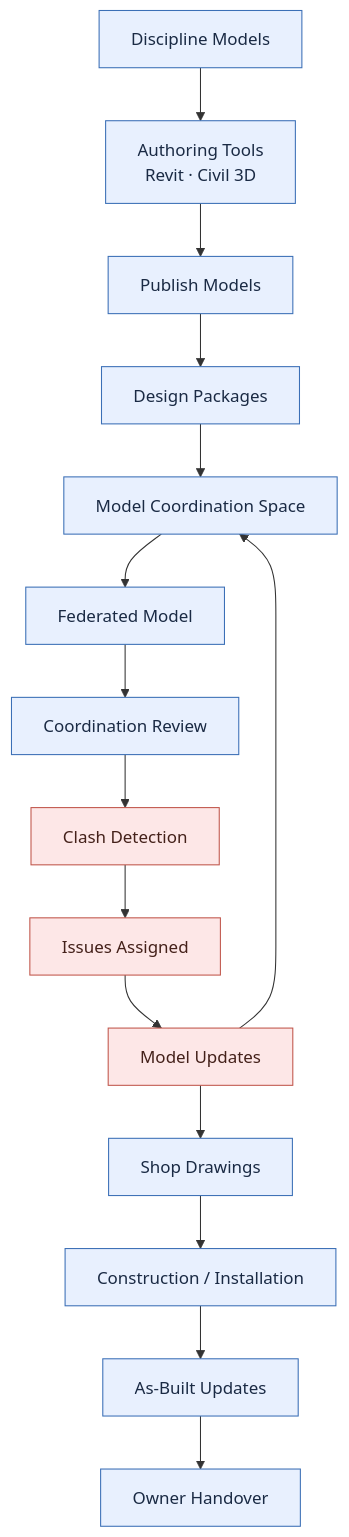
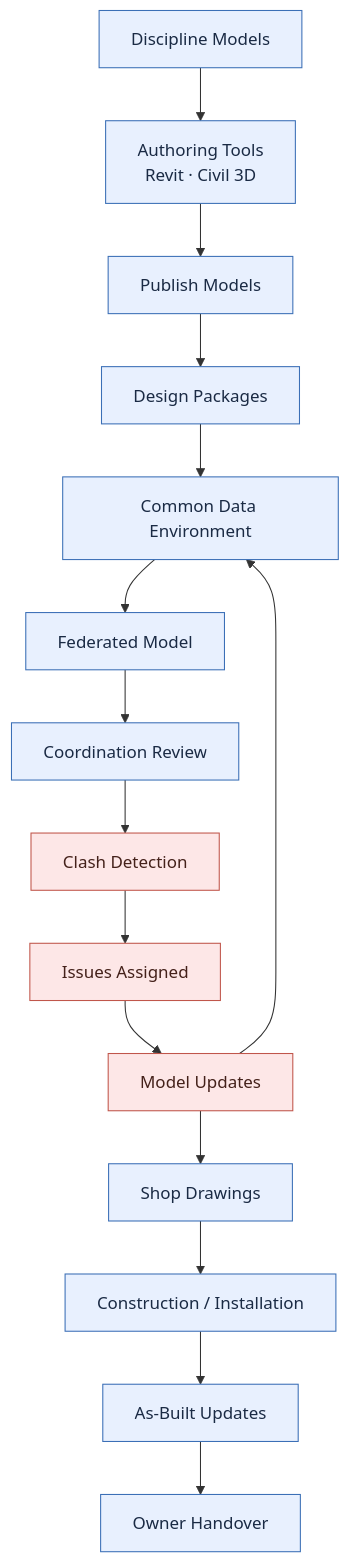
Before and after one commit to CognitiveStack/bim-workflow-guide: the diagram in README.md, drawn with Mermaid. The commit also changed other lines of this file and 3 other files, not shown here.

First line of the commit message:
docs: add 3D coordination diagram (Module 00) and callout explanation

````diff
--- a/README.md
+++ b/README.md
@@ -56,22 +83,22 @@
 ```mermaid
 flowchart TD
     A[Discipline Models] --> B[Authoring Tools<br/>Revit · Civil 3D]
     B --> C[Publish Models]
     C --> D[Design Packages]
-    D --> E[Model Coordination Space]
+    D --> E[Common Data Environment]
     E --> F[Federated Model]
     F --> G[Coordination Review]
     G --> H[Clash Detection]
     H --> I[Issues Assigned]
     I --> J[Model Updates]
     J --> E
     J --> K[Shop Drawings]
     K --> L[Construction / Installation]
     L --> M[As-Built Updates]
     M --> N[Owner Handover]
 
     classDef stage fill:#e8f0fe,stroke:#3b6fb6,stroke-width:1px,color:#1a2a44;
     classDef loop fill:#fde7e7,stroke:#c0564b,stroke-width:1px,color:#44211a;
     class A,B,C,D,E,F,G,K,L,M,N stage;
     class H,I,J loop;
 ```
````
